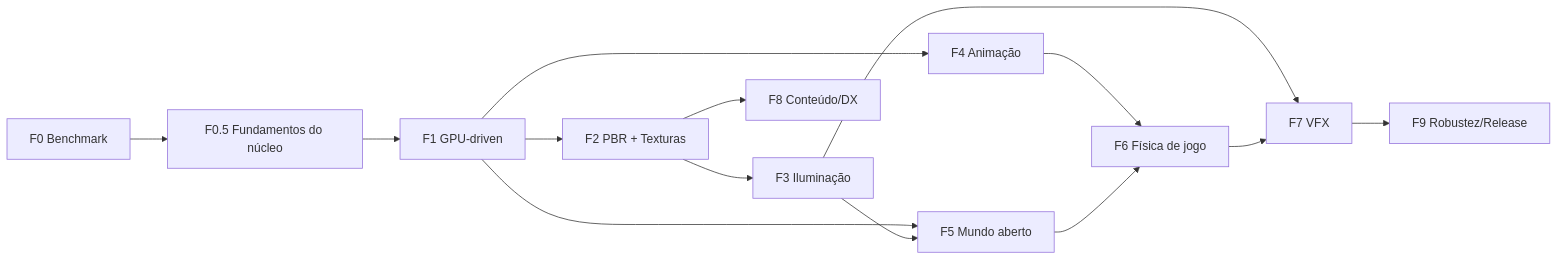
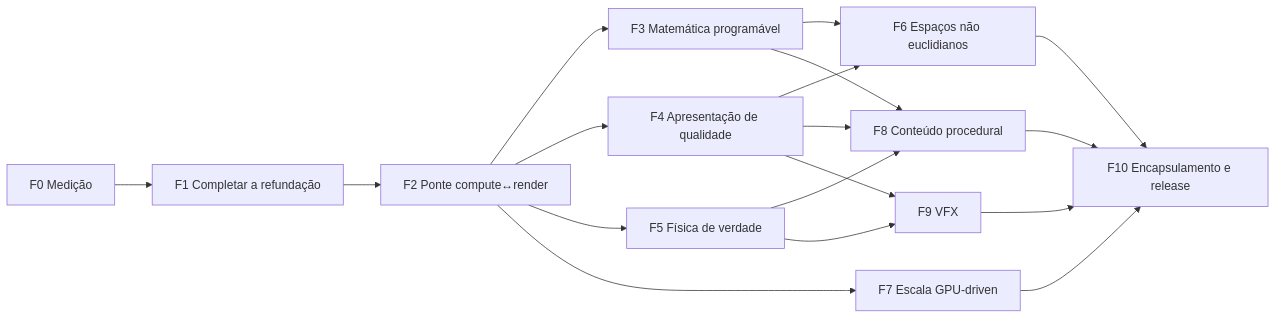
Before and after one commit to dantasgut/clayflow: the second of 2 diagrams in specs/ROADMAP.md, drawn with Mermaid. The commit also changed other lines of this file and 7 other files, not shown here.

First line of the commit message:
docs(roadmap): reescreve o roadmap sobre a refundação C1–C4 e a visão de mundos matemáticos

````diff
--- a/specs/ROADMAP.md
+++ b/specs/ROADMAP.md
@@ -63,16 +197,20 @@
 ```mermaid
 graph LR
-  F0[F0 Benchmark] --> F05[F0.5 Fundamentos do núcleo]
-  F05 --> F1[F1 GPU-driven]
-  F1 --> F2[F2 PBR + Texturas]
-  F2 --> F3[F3 Iluminação]
-  F1 --> F4[F4 Animação]
-  F1 --> F5[F5 Mundo aberto]
-  F3 --> F5
-  F4 --> F6[F6 Física de jogo]
-  F5 --> F6
-  F3 --> F7[F7 VFX]
-  F6 --> F7
-  F2 --> F8[F8 Conteúdo/DX]
-  F7 --> F9[F9 Robustez/Release]
+  F0[F0 Medição] --> F1[F1 Completar a refundação]
+  F1 --> F2[F2 Ponte compute↔render]
+  F2 --> F3[F3 Matemática programável]
+  F2 --> F4[F4 Apresentação de qualidade]
+  F2 --> F5[F5 Física de verdade]
+  F3 --> F6[F6 Espaços não euclidianos]
+  F4 --> F6
+  F2 --> F7[F7 Escala GPU-driven]
+  F3 --> F8[F8 Conteúdo procedural]
+  F4 --> F8
+  F5 --> F8
+  F5 --> F9[F9 VFX]
+  F4 --> F9
+  F6 --> F10[F10 Encapsulamento e release]
+  F7 --> F10
+  F8 --> F10
+  F9 --> F10
 ```
````
